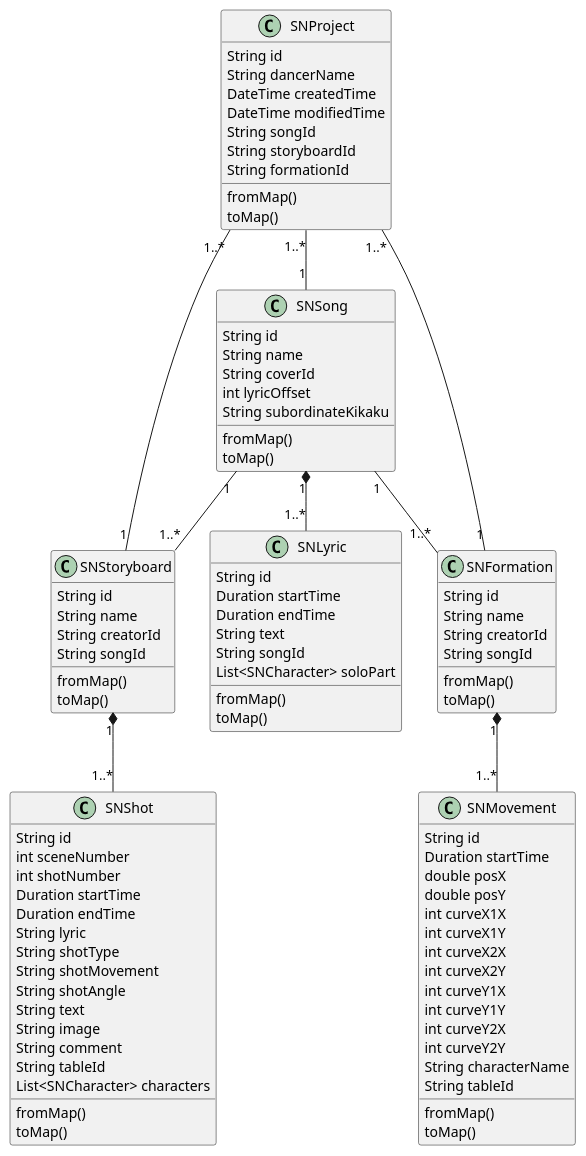
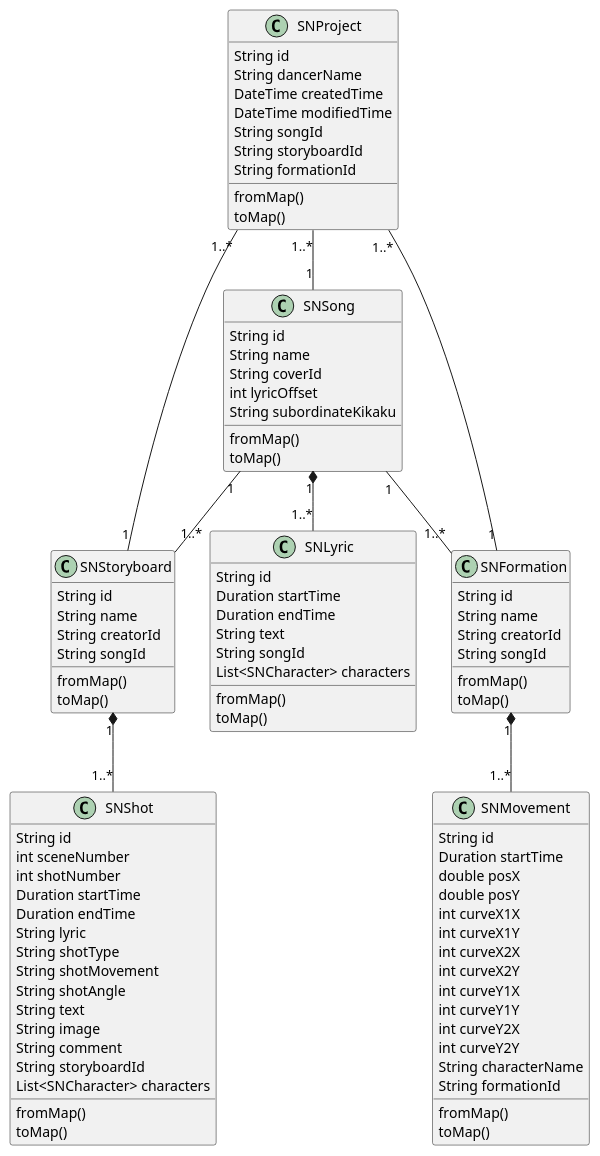
The diagram in flutter_module/documents/class.wsd (amamiseiya/shonichi_Flutter), drawn with PlantUML before and after one commit. The commit also changed 105 other files, not shown here.

```diff
--- a/flutter_module/documents/class.wsd
+++ b/flutter_module/documents/class.wsd
@@ -1,104 +1,104 @@
 @startuml Class
 
 SNProject "1..*" -- "1" SNSong
 SNProject "1..*" -- "1" SNStoryboard
 SNProject "1..*" -- "1" SNFormation
 SNSong "1" -- "1..*" SNStoryboard
 SNSong "1" -- "1..*" SNFormation
 SNSong "1" *-- "1..*" SNLyric
 SNStoryboard "1" *-- "1..*" SNShot
 SNFormation "1" *-- "1..*" SNMovement
 
 
 class SNProject {
     String id
     String dancerName
     DateTime createdTime
     DateTime modifiedTime
     String songId
     String storyboardId
     String formationId
     fromMap()
     toMap()
 }
 
 class SNSong {
     String id
     String name
     String coverId
     int lyricOffset
     String subordinateKikaku
     fromMap()
     toMap()
 }
 
 class SNLyric {
     String id
     Duration startTime
     Duration endTime
     String text
     String songId
-    List<SNCharacter> soloPart
+    List<SNCharacter> characters
     fromMap()
     toMap()
 }
 
 
 class SNStoryboard {
   String id
   String name
   String creatorId
   String songId
   fromMap()
   toMap()
 }
 
 
 class SNShot {
     String id
     int sceneNumber
     int shotNumber
     Duration startTime
     Duration endTime
     String lyric
     String shotType
     String shotMovement
     String shotAngle
     String text
     String image
     String comment
-    String tableId
+    String storyboardId
     List<SNCharacter> characters
     fromMap()
     toMap()
 }
 class SNFormation {
   String id
   String name
   String creatorId
   String songId
 
   fromMap()
   toMap()
 }
 
 class SNMovement {
     String id
     Duration startTime
     double posX
     double posY
     int curveX1X
     int curveX1Y
     int curveX2X
     int curveX2Y
     int curveY1X
     int curveY1Y
     int curveY2X
     int curveY2Y
     String characterName
-    String tableId
+    String formationId
     fromMap()
     toMap()
 }
 
 @enduml
```
